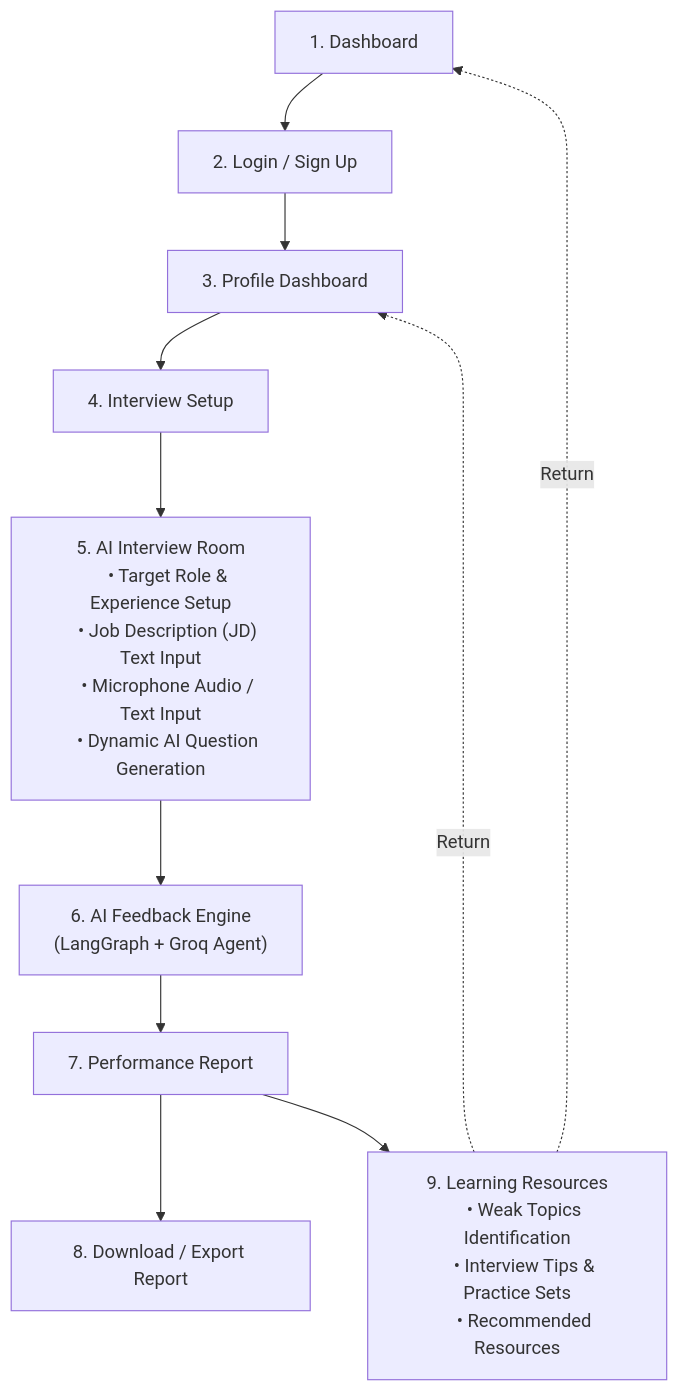
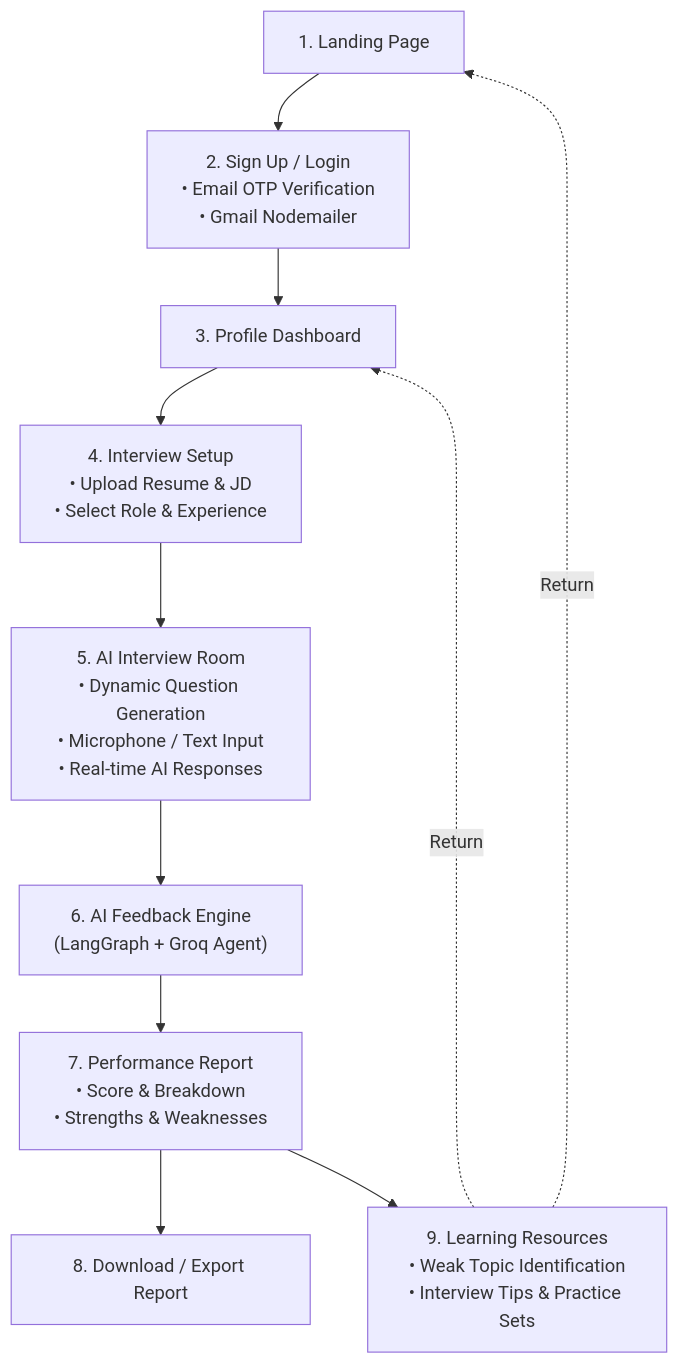
Before and after one commit to kirti2006/Lumify: the diagram in README.md, drawn with Mermaid. The commit also changed other lines of this file, not shown here.

Commit message:
docs: update README with Gmail setup guide, auth flow, env vars, and tech stack table

````diff
--- a/README.md
+++ b/README.md
@@ -143,26 +215,18 @@
 ```mermaid
 flowchart TD
-    1["1. Dashboard"] --> 2["2. Login / Sign Up"]
+    1["1. Landing Page"] --> 2["2. Sign Up / Login\n• Email OTP Verification\n• Gmail Nodemailer"]
     2 --> 3["3. Profile Dashboard"]
-    3 --> 4["4. Interview Setup"]
-    
-    4 --> 5["5. AI Interview Room
-    • Target Role & Experience Setup
-    • Job Description (JD) Text Input
-    • Microphone Audio / Text Input
-    • Dynamic AI Question Generation"]
-    
-    5 --> 6["6. AI Feedback Engine
-    (LangGraph + Groq Agent)"]
-    
-    6 --> 7["7. Performance Report"]
-    
+    3 --> 4["4. Interview Setup\n• Upload Resume & JD\n• Select Role & Experience"]
+
+    4 --> 5["5. AI Interview Room\n• Dynamic Question Generation\n• Microphone / Text Input\n• Real-time AI Responses"]
+
+    5 --> 6["6. AI Feedback Engine\n(LangGraph + Groq Agent)"]
+
+    6 --> 7["7. Performance Report\n• Score & Breakdown\n• Strengths & Weaknesses"]
+
     7 --> 8["8. Download / Export Report"]
-    7 --> 9["9. Learning Resources
-    • Weak Topics Identification
-    • Interview Tips & Practice Sets
-    • Recommended Resources"]
-    
+    7 --> 9["9. Learning Resources\n• Weak Topic Identification\n• Interview Tips & Practice Sets"]
+
     9 -.->|Return| 1
     9 -.->|Return| 3
 ```
````
